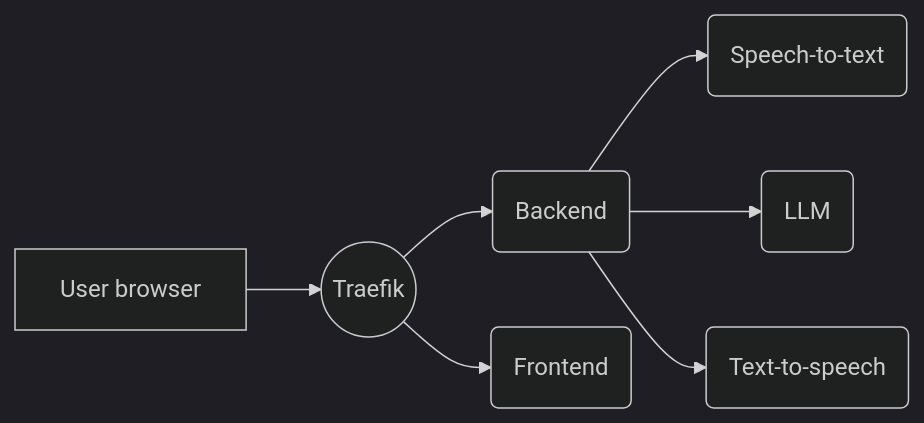
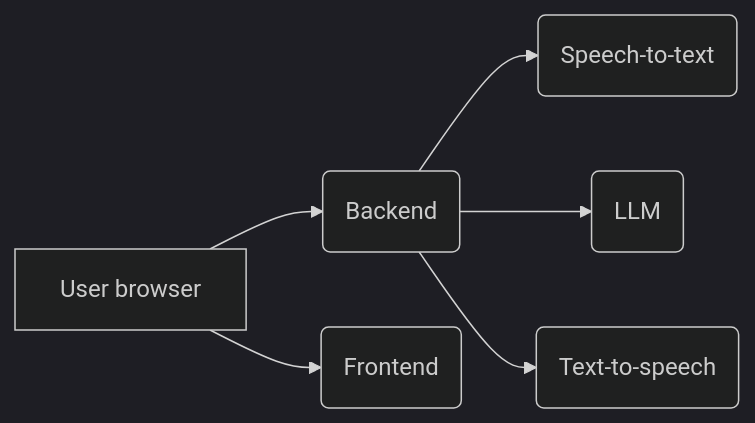
One commit to nicolas-rabault/audio-game changed the first of 2 diagrams in README.md. Above: the diagram before and after it, drawn with Mermaid (dark theme). The commit also changed other lines of this file, not shown here.

````diff
--- a/README.md
+++ b/README.md
@@ -11,9 +11,9 @@
 ```mermaid
 graph LR
-    UB[User browser] --> T((Traefik))
-    T --> B(Backend)
-    T --> F(Frontend)
+    UB[User browser]
+    UB --> B(Backend)
+    UB --> F(Frontend)
     B --> STT(Speech-to-text)
     B --> LLM(LLM)
     B --> TTS(Text-to-speech)
 ```
````
